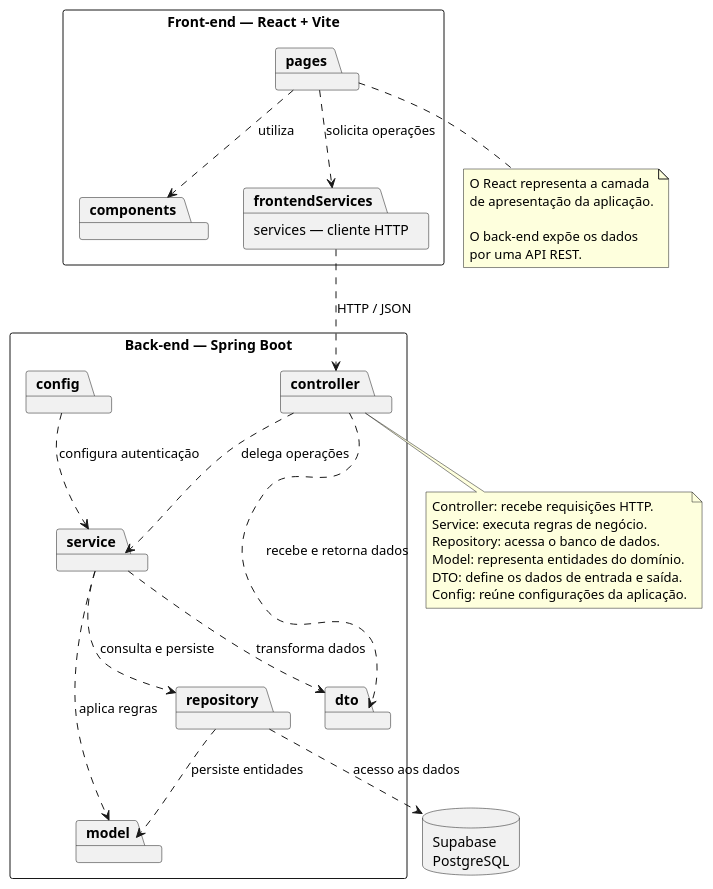
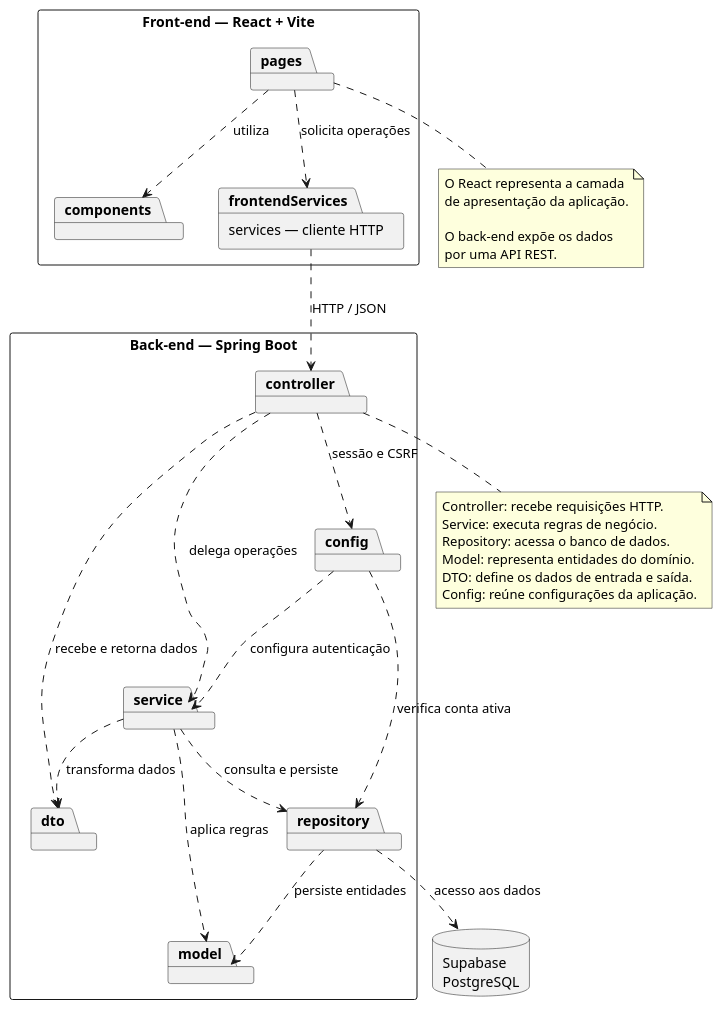
The diagram in AluguelDeCarros/src/docs/diagrama-de-pacotes.puml (Evycostzocn/AluguelDeCarros), drawn with PlantUML before and after one commit. The commit also changed 41 other files, not shown here.

```diff
--- a/AluguelDeCarros/src/docs/diagrama-de-pacotes.puml
+++ b/AluguelDeCarros/src/docs/diagrama-de-pacotes.puml
@@ -1,55 +1,57 @@
 @startuml
 top to bottom direction
 skinparam packageStyle rectangle
 
 package "Front-end — React + Vite" {
     package "pages" as pages
     package "components" as components
     package "services — cliente HTTP" as frontendServices
 
     pages ..> components : utiliza
     pages ..> frontendServices : solicita operações
 }
 
 package "Back-end — Spring Boot" {
     package "controller" as controller
     package "service" as service
     package "repository" as repository
     package "model" as model
     package "dto" as dto
     package "config" as config
 
     controller ..> service : delega operações
     controller ..> dto : recebe e retorna dados
 
     service ..> repository : consulta e persiste
     service ..> model : aplica regras
     service ..> dto : transforma dados
 
     repository ..> model : persiste entidades
+    config ..> repository : verifica conta ativa
     config ..> service : configura autenticação
+    controller ..> config : sessão e CSRF
 }
 
 database "Supabase\nPostgreSQL" as database
 
 frontendServices ..> controller : HTTP / JSON
 repository ..> database : acesso aos dados
 
 note bottom of controller
     Controller: recebe requisições HTTP.
     Service: executa regras de negócio.
     Repository: acessa o banco de dados.
     Model: representa entidades do domínio.
     DTO: define os dados de entrada e saída.
     Config: reúne configurações da aplicação.
 end note
 
 note bottom of pages
     O React representa a camada
     de apresentação da aplicação.
 
     O back-end expõe os dados
     por uma API REST.
 end note
 
 @enduml
```
